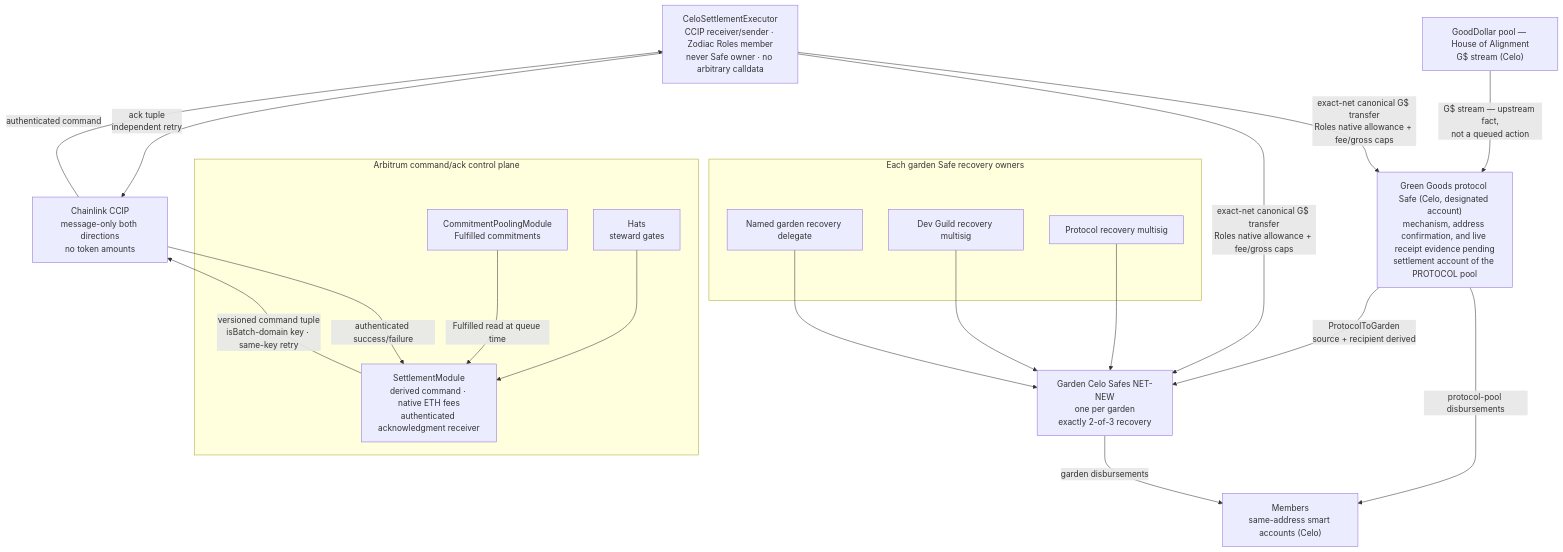
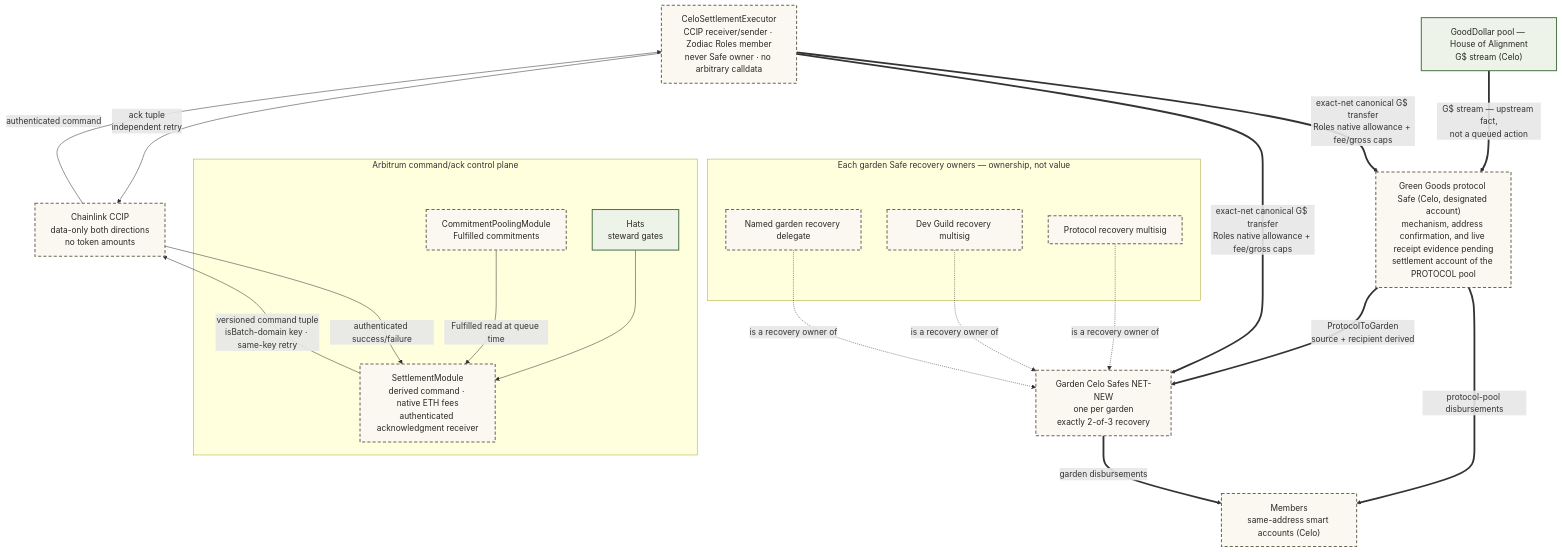
One commit to greenpill-dev-guild/green-goods changed diagram 14 of 20 in .plans/active/commitment-pooling/diagrams.md. Above: the diagram before and after it, drawn with Mermaid. The commit also changed other lines of this file, not shown here.

First line of the commit message:
docs(plans): align commitment pooling diagrams with the frozen specs

````diff
--- a/.plans/active/commitment-pooling/diagrams.md
+++ b/.plans/active/commitment-pooling/diagrams.md
@@ -810,38 +867,44 @@
 ```mermaid
 flowchart TD
   HOA["GoodDollar pool — House of Alignment<br/>G$ stream (Celo)"]
-  GG["Green Goods protocol Safe (Celo, designated account)<br/>mechanism, address confirmation, and live receipt evidence pending<br/>settlement account of the PROTOCOL pool"]
+  PS["Green Goods protocol Safe (Celo, designated account)<br/>mechanism, address confirmation, and live receipt evidence pending<br/>settlement account of the PROTOCOL pool"]
   GS["Garden Celo Safes NET-NEW<br/>one per garden<br/>exactly 2-of-3 recovery"]
   MEM["Members<br/>same-address smart accounts (Celo)"]
 
-  subgraph OWN["Each garden Safe recovery owners"]
+  subgraph OWN["Each garden Safe recovery owners — ownership, not value"]
     PM["Protocol recovery multisig"]
     DM["Dev Guild recovery multisig"]
     GR["Named garden recovery delegate"]
   end
-  EXEC["CeloSettlementExecutor<br/>CCIP receiver/sender · Zodiac Roles member<br/>never Safe owner · no arbitrary calldata"]
+  CE["CeloSettlementExecutor<br/>CCIP receiver/sender · Zodiac Roles member<br/>never Safe owner · no arbitrary calldata"]
 
   subgraph ARB["Arbitrum command/ack control plane"]
     HATS["Hats<br/>steward gates"]
-    CPM2["CommitmentPoolingModule<br/>Fulfilled commitments"]
+    CPM["CommitmentPoolingModule<br/>Fulfilled commitments"]
     SM["SettlementModule<br/>derived command · native ETH fees<br/>authenticated acknowledgment receiver"]
   end
-  CCIP["Chainlink CCIP<br/>message-only both directions<br/>no token amounts"]
+  CCIP["Chainlink CCIP<br/>data-only both directions<br/>no token amounts"]
 
-  HOA -->|"G$ stream — upstream fact,<br/>not a queued action"| GG
-  GG -->|"ProtocolToGarden<br/>source + recipient derived"| GS
-  GG -->|"protocol-pool disbursements"| MEM
-  GS -->|"garden disbursements"| MEM
+  HOA ==>|"G$ stream — upstream fact,<br/>not a queued action"| PS
+  PS ==>|"ProtocolToGarden<br/>source + recipient derived"| GS
+  PS ==>|"protocol-pool disbursements"| MEM
+  GS ==>|"garden disbursements"| MEM
+  CE ==>|"exact-net canonical G$ transfer<br/>Roles native allowance + fee/gross caps"| PS
+  CE ==>|"exact-net canonical G$ transfer<br/>Roles native allowance + fee/gross caps"| GS
 
   HATS --> SM
-  CPM2 -->|"Fulfilled read at queue time"| SM
+  CPM -->|"Fulfilled read at queue time"| SM
   SM -->|"versioned command tuple<br/>isBatch-domain key · same-key retry"| CCIP
-  CCIP -->|"authenticated command"| EXEC
-  EXEC -->|"exact-net canonical G$ transfer<br/>Roles native allowance + fee/gross caps"| GG
-  EXEC -->|"exact-net canonical G$ transfer<br/>Roles native allowance + fee/gross caps"| GS
-  EXEC -->|"ack tuple<br/>independent retry"| CCIP
+  CCIP -->|"authenticated command"| CE
+  CE -->|"ack tuple<br/>independent retry"| CCIP
   CCIP -->|"authenticated success/failure"| SM
-  PM --> GS
-  DM --> GS
-  GR --> GS
+
+  PM -.->|"is a recovery owner of"| GS
+  DM -.->|"is a recovery owner of"| GS
+  GR -.->|"is a recovery owner of"| GS
+
+  classDef built fill:#edf3e8,stroke:#50784a,stroke-width:2px,color:#2a2722
+  classDef planned fill:#fbf8f2,stroke:#6e6857,stroke-width:2px,stroke-dasharray:6 4,color:#2a2722
+  class HOA,HATS built
+  class PS,GS,MEM,CE,CPM,SM,CCIP,PM,DM,GR planned
 ```
````
